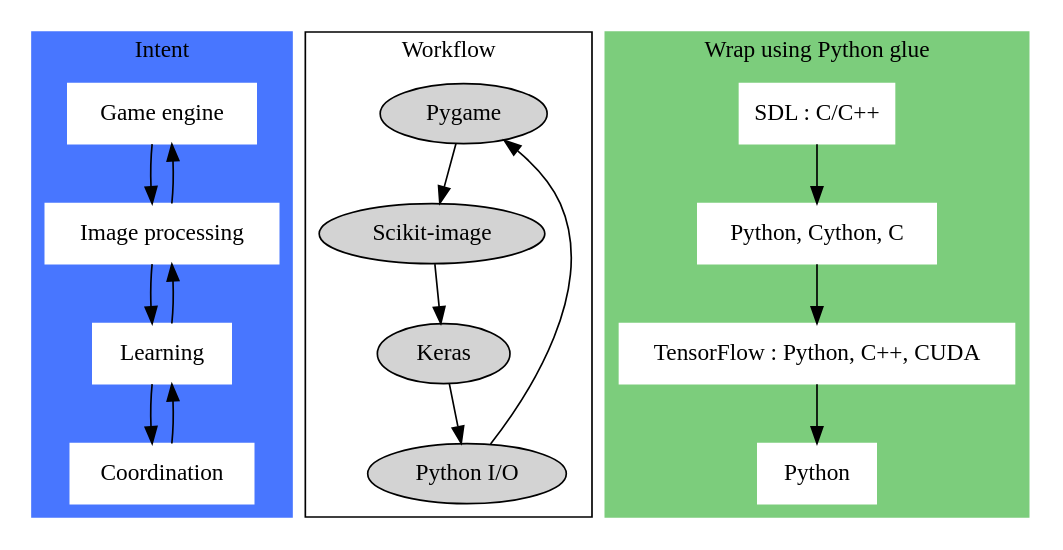
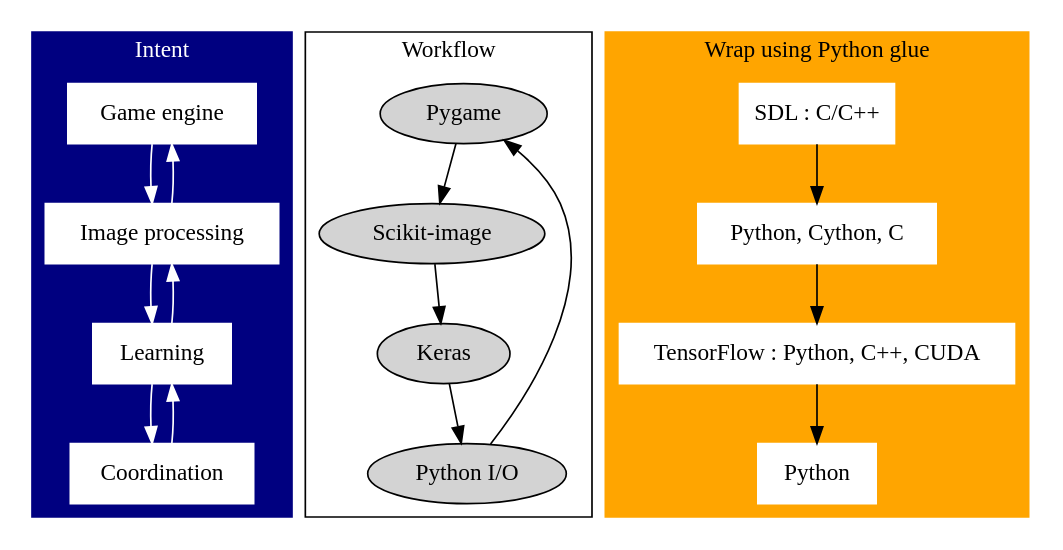
One commit to tp5uiuc/soft_systems_course changed the second of 2 diagrams in lectures/01_intro/01_intro.org. Above: the diagram before and after it, drawn with Graphviz. The commit also changed other lines of this file and 1 other file, not shown here.

Commit message:
fix : colors in dotviz graphs

```diff
--- a/lectures/01_intro/01_intro.org
+++ b/lectures/01_intro/01_intro.org
@@ -148,52 +148,55 @@
 #+BEGIN_SRC dot :file images/dot_success.pdf :exports results
   digraph G{
 
   graph [fontname = "Fira Sans"];
   node [fontname =  "Fira Sans"];
   edge [fontname =  "Fira Sans"];
 
   // rankdir=LR
 
   splines=true;
 
   subgraph cluster_0 {
 	  style=filled;
-	  color=royalblue1;
+	  // fillcolor=white;
+	  color=navyblue;
 	  // graph [truecolor bgcolor=royalblue1]
+	  fontcolor=white;
 	  node [shape=rect, style=filled,color=white];
+	  edge [color=white];
 	  a0 [label=" Game engine "]
 	  a1 [label=" Image processing "]
 	  a2 [label=" Learning "]
 	  a3 [label=" Coordination "]
 
 	  a0 -> a1 -> a2 -> a3;
 	  a3 -> a2 -> a1 -> a0;
 	  label = "Intent";
   }
   subgraph cluster_1 {
 	  node [style=filled];
 	  b0 [label=" Pygame "]
 	  b1 [label=" Scikit-image "]
 	  b2 [label=" Keras "]
 	  b3 [label=" Python I/O"]
 
 	  b0 -> b1 -> b2 -> b3 -> b0
 	  label = "Workflow";
   }
 
   subgraph cluster_2 {
 	  style=filled;
 	  // graph [truecolor bgcolor=palegreen3]
-	  color=palegreen3;
+	  color=orange1;
 	  node [shape=rect,style=filled,color=white];
 
 	  c0 [label="SDL : C/C++"]
 	  c1 [label=" Python, Cython, C "]
 	  c2 [label=" TensorFlow : Python, C++, CUDA "]
 	  c3 [label=" Python "]
 
 	  c0 -> c1 -> c2 -> c3;
 	  label = "Wrap using Python glue";
   }
   }
 #+END_SRC
```
